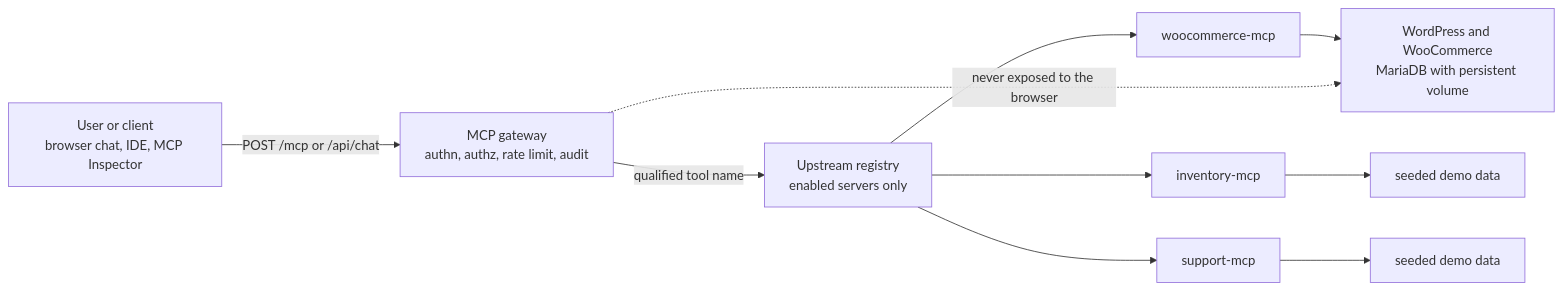
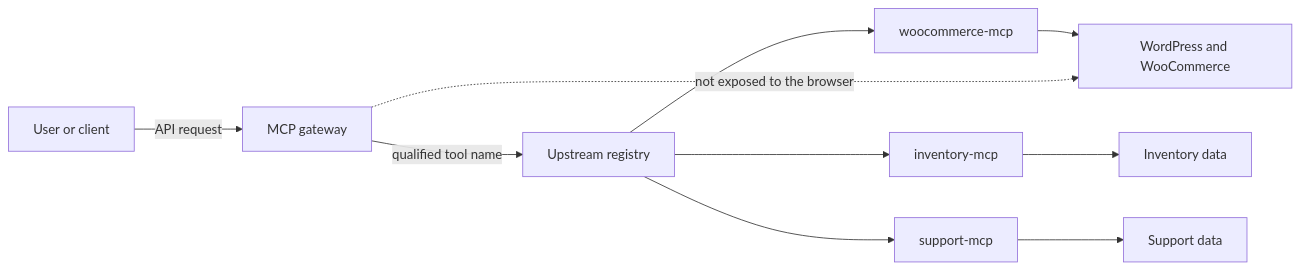
The first of 2 diagrams in README.md (ishaan-bits/woocommerce_mcp), drawn with Mermaid before and after one commit. The commit also changed other lines of this file, not shown here.

First line of the commit message:
docs: simplify README Mermaid diagrams to universally-renderable syntax

````diff
--- a/README.md
+++ b/README.md
@@ -50,12 +50,12 @@
 ```mermaid
 flowchart LR
-  U["User or client<br/>browser chat, IDE, MCP Inspector"] -->|POST /mcp or /api/chat| G["MCP gateway<br/>authn, authz, rate limit, audit"]
-  G -->|qualified tool name| R["Upstream registry<br/>enabled servers only"]
+  U["User or client"] -->|API request| G["MCP gateway"]
+  G -->|qualified tool name| R["Upstream registry"]
   R --> W["woocommerce-mcp"]
   R --> I["inventory-mcp"]
   R --> S["support-mcp"]
-  W --> ST["WordPress and WooCommerce<br/>MariaDB with persistent volume"]
-  I --> D1["seeded demo data"]
-  S --> D2["seeded demo data"]
-  G -.->|never exposed to the browser| ST
+  W --> ST["WordPress and WooCommerce"]
+  I --> D1["Inventory data"]
+  S --> D2["Support data"]
+  G -.->|not exposed to the browser| ST
 ```
````
